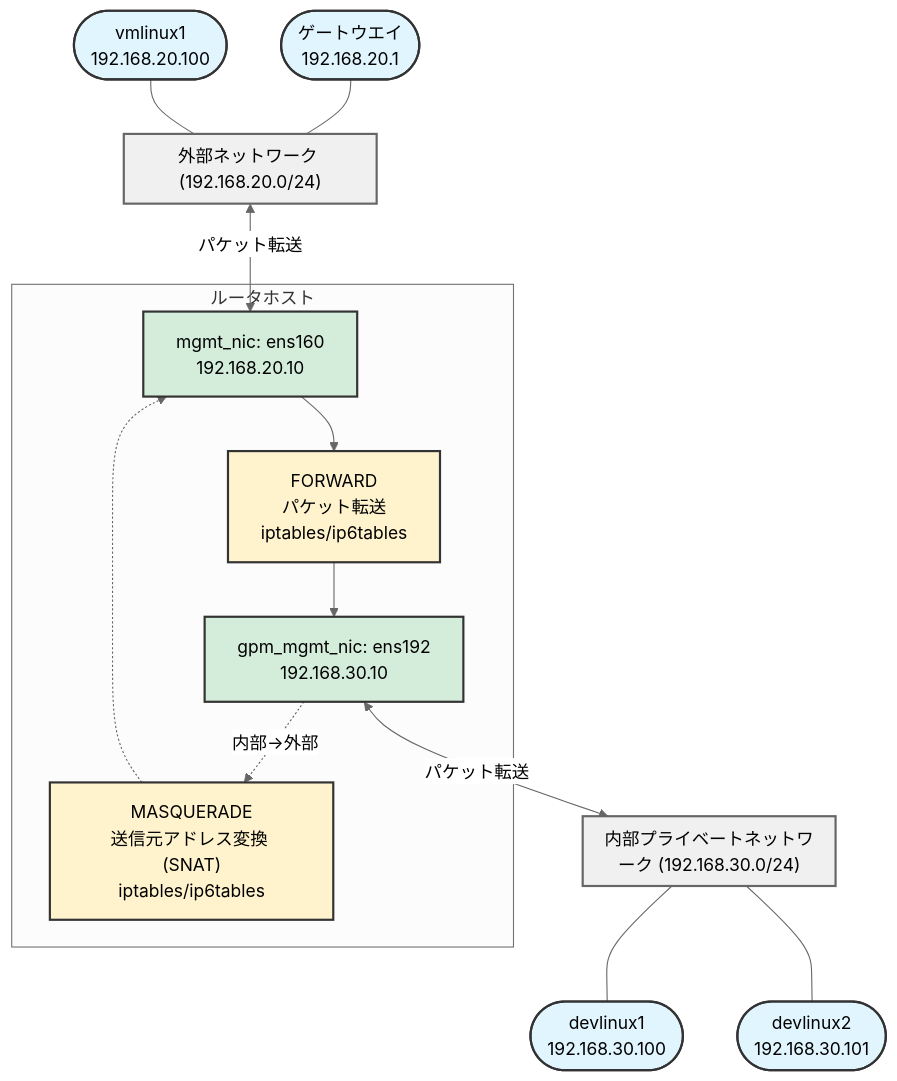
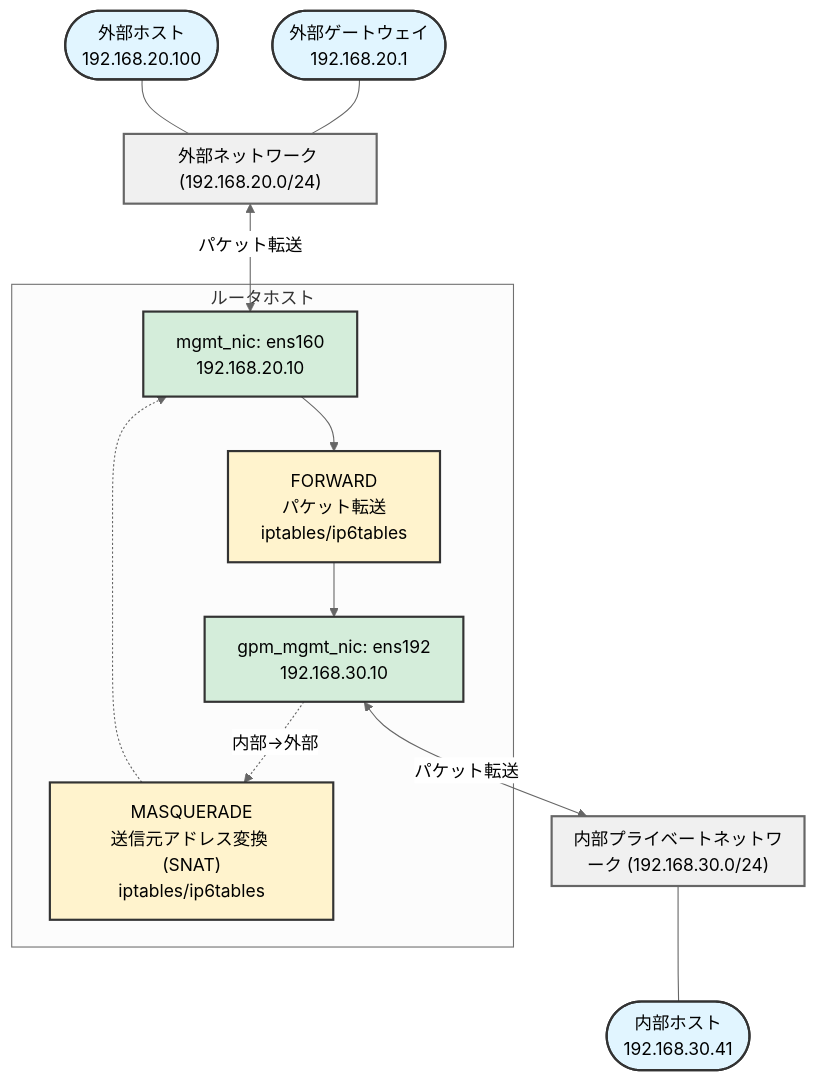
One commit to takeharukato/ansible-linux-setup changed the diagram in roles/router-config/Readme.md. Above: the diagram before and after it, drawn with Mermaid (neutral theme). The commit also changed other lines of this file and 5 other files, not shown here.

````diff
--- a/roles/router-config/Readme.md
+++ b/roles/router-config/Readme.md
@@ -412,42 +238,40 @@
 ```mermaid
 graph TD
-    I([ゲートウエイ<br/>192.168.20.1])
-    J([vmlinux1<br/>192.168.20.100])
+    I([外部ゲートウェイ<br/>192.168.20.1])
+    J([外部ホスト<br/>192.168.20.100])
     subgraph ExtNet["外部ネットワーク (192.168.20.0/24)"]
     end
 
     subgraph Router["ルータホスト"]
         B["mgmt_nic: ens160<br/>192.168.20.10"]
         C["FORWARD<br/>パケット転送<br/>iptables/ip6tables"]
         C2["MASQUERADE<br/>送信元アドレス変換 (SNAT)<br/>iptables/ip6tables"]
         D["gpm_mgmt_nic: ens192<br/>192.168.30.10"]
         B --> C
         C --> D
         D -.->|内部->外部| C2
         C2 -.-> B
     end
 
     subgraph IntNet["内部プライベートネットワーク (192.168.30.0/24)"]
     end
 
-    F([devlinux1<br/>192.168.30.100])
-    G([devlinux2<br/>192.168.30.101])
+    F([内部ホスト<br/>192.168.30.41])
 
     I --- ExtNet
     J --- ExtNet
     ExtNet <-->|パケット転送| B
     D <-->|パケット転送| IntNet
 
     IntNet --- F
-    IntNet --- G
 
     classDef hostStyle fill:#e1f5ff,stroke:#333,stroke-width:2px
     classDef nicStyle fill:#d4edda,stroke:#333,stroke-width:2px
     classDef controlStyle fill:#fff3cd,stroke:#333,stroke-width:2px
     classDef networkStyle fill:#f0f0f0,stroke:#666,stroke-width:2px
 
-    class F,G,I,J hostStyle
+    class F,I,J hostStyle
     class B,D nicStyle
     class C,C2 controlStyle
     class ExtNet,IntNet networkStyle
 ```
````
